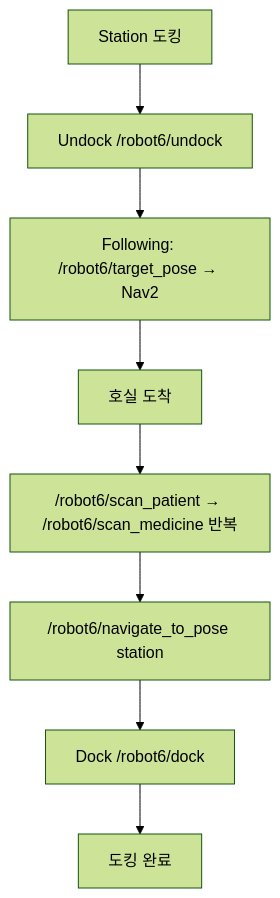
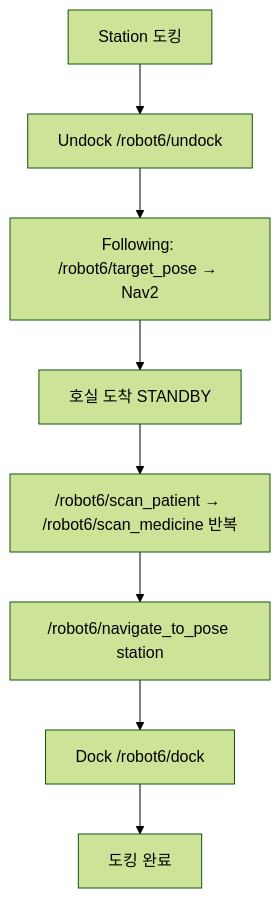
One commit to yevettee/MediCart changed the second of 10 diagrams in docs/architecture/01_system_architecture.md. Above: the diagram before and after it, drawn with Mermaid (forest theme). The commit also changed other lines of this file and 24 other files, not shown here.

````diff
--- a/docs/architecture/01_system_architecture.md
+++ b/docs/architecture/01_system_architecture.md
@@ -23,13 +60,13 @@
 ```mermaid
 flowchart TD
     docked["Station 도킹"]
     undock["Undock /robot6/undock"]
     follow["Following: /robot6/target_pose → Nav2"]
-    arrive["호실 도착"]
+    arrive["호실 도착 STANDBY"]
     scan["/robot6/scan_patient → /robot6/scan_medicine 반복"]
     returnHome["/robot6/navigate_to_pose station"]
     dock["Dock /robot6/dock"]
     done["도킹 완료"]
 
     docked --> undock --> follow --> arrive --> scan --> returnHome --> dock --> done
 ```
````
